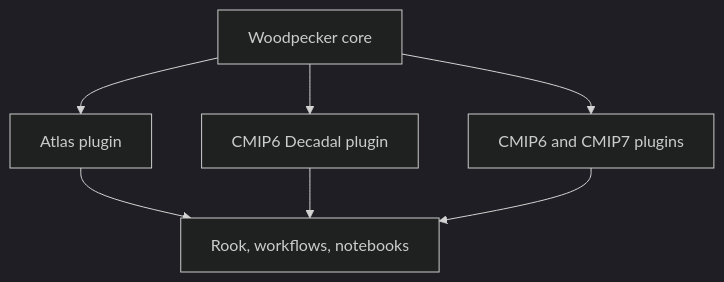
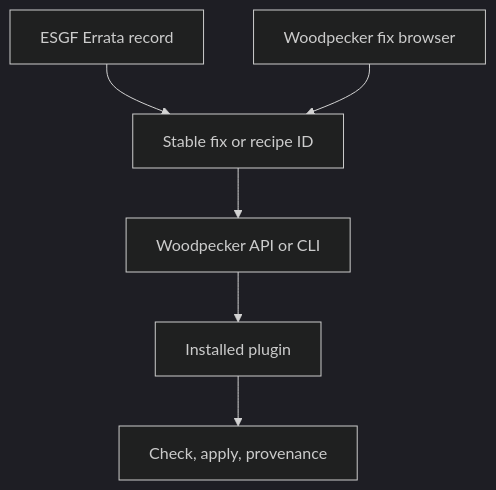
Before and after one commit to roocs/woodpecker: the third of 4 diagrams in woodpecker-milano-slides.md, drawn with Mermaid (dark theme). The commit also changed other lines of this file, not shown here.

````diff
--- a/woodpecker-milano-slides.md
+++ b/woodpecker-milano-slides.md
@@ -129,9 +154,8 @@
 ```mermaid
 flowchart TD
-    W["Woodpecker core"] --> A["Atlas plugin"]
-    W --> D["CMIP6 Decadal plugin"]
-    W --> C["CMIP6 and CMIP7 plugins"]
-    A --> U["Rook, workflows, notebooks"]
-    D --> U
-    C --> U
+    E["ESGF Errata record"] --> I["Stable fix or recipe ID"]
+    B["Woodpecker fix browser"] --> I
+    I --> W["Woodpecker API or CLI"]
+    W --> P["Installed plugin"]
+    P --> F["Check, apply, provenance"]
 ```
````
